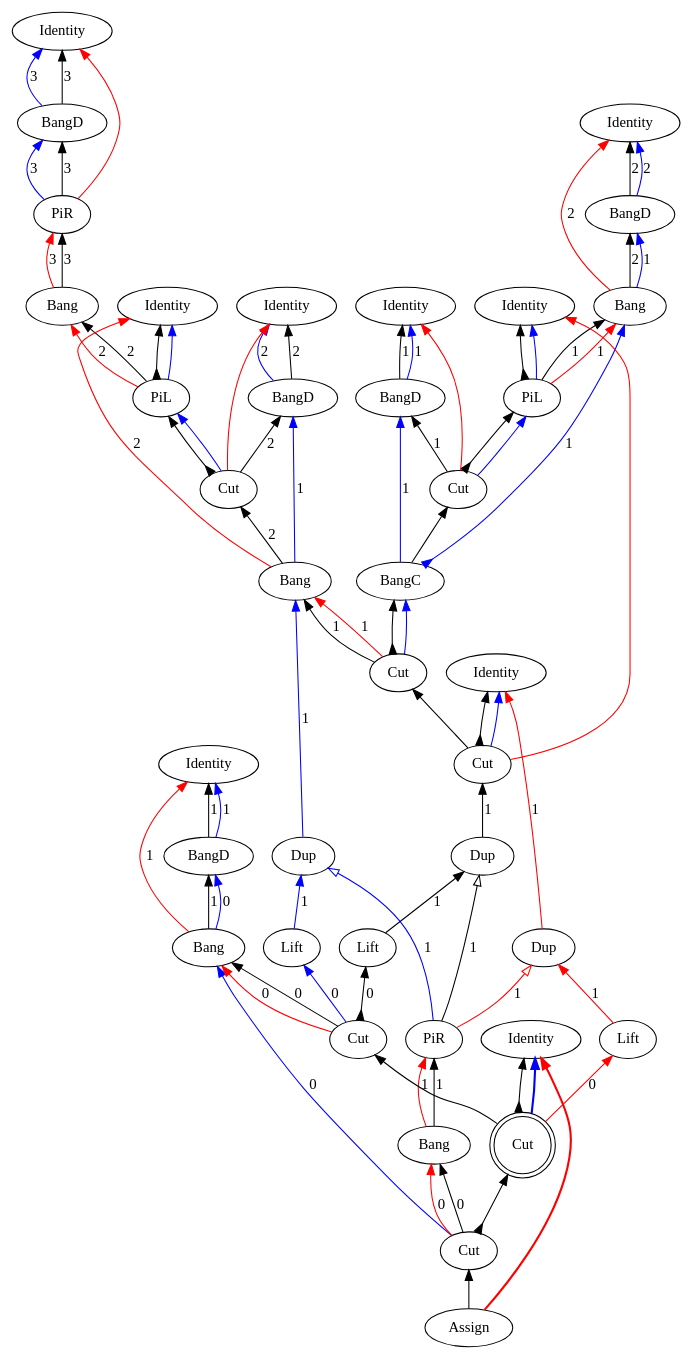
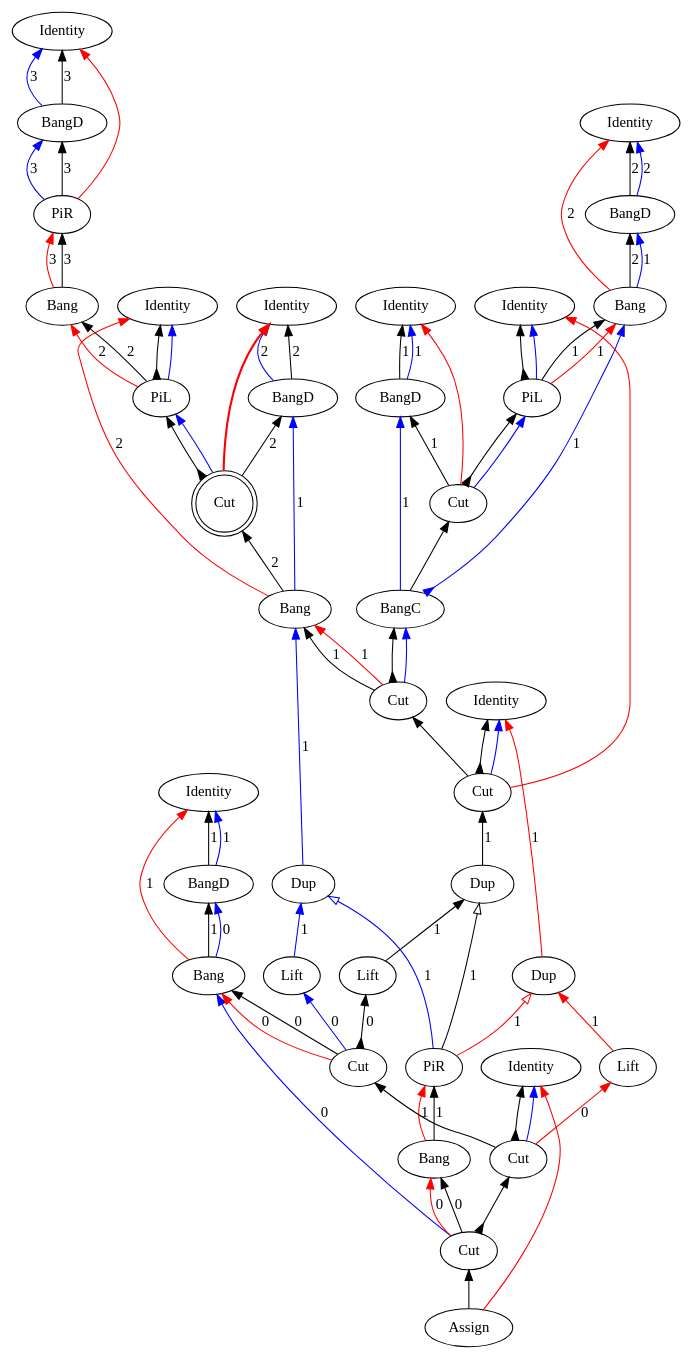
Before and after one commit to Mathnerd314/stroscot: the diagram in src/core/graphs/example_m_11.dot, drawn with Graphviz. The commit also changed 37 other files, not shown here.

```diff
--- a/src/core/graphs/example_m_11.dot
+++ b/src/core/graphs/example_m_11.dot
@@ -1,117 +1,117 @@
 digraph {
 rankdir="BT"
 "Identity0" [label="Identity"]
 "BangD1" [label="BangD"]
 "PiR2" [label="PiR"]
 "Bang3" [label="Bang"]
 "Identity4" [label="Identity"]
 "PiL5" [label="PiL"]
 "Identity6" [label="Identity"]
 "BangD7" [label="BangD"]
-"Cut8" [label="Cut"]
+"Cut8" [label="Cut",shape=doublecircle]
 "Bang9" [label="Bang"]
 "Identity10" [label="Identity"]
 "Identity11" [label="Identity"]
 "BangD12" [label="BangD"]
 "Bang13" [label="Bang"]
 "Identity14" [label="Identity"]
 "PiL15" [label="PiL"]
 "Identity16" [label="Identity"]
 "BangD17" [label="BangD"]
 "Cut18" [label="Cut"]
 "BangC19" [label="BangC"]
 "Identity20" [label="Identity"]
 "BangD21" [label="BangD"]
 "Bang22" [label="Bang"]
 "Identity23" [label="Identity"]
 "Assign24" [label="Assign"]
 "Cut25" [label="Cut"]
 "Cut26" [label="Cut"]
 "Bang27" [label="Bang"]
 "Cut28" [label="Cut"]
 "PiR29" [label="PiR"]
 "Dup30" [label="Dup"]
 "Dup31" [label="Dup"]
 "Dup32" [label="Dup"]
 "Lift33" [label="Lift"]
 "Lift34" [label="Lift"]
 "Lift35" [label="Lift"]
 "Cut36" [label="Cut"]
-"Cut37" [label="Cut",shape=doublecircle]
+"Cut37" [label="Cut"]
 "Bang22" -> "BangD21"[color=black,weight=5,tooltip="c_bseq24",label="1",arrowhead=normal,arrowtail=none,dir=both]
 "Bang13" -> "BangD12"[color=black,weight=5,tooltip="c_bseq58",label="2",arrowhead=normal,arrowtail=none,dir=both]
 "Bang9" -> "Cut8"[color=black,weight=5,tooltip="c_bseq67",label="2",arrowhead=normal,arrowtail=none,dir=both]
 "Bang3" -> "PiR2"[color=black,weight=5,tooltip="c_bseq79",label="3",arrowhead=normal,arrowtail=none,dir=both]
 "Bang27" -> "PiR29"[color=black,weight=5,tooltip="c_bseq91",label="1",arrowhead=normal,arrowtail=none,dir=both]
 "Cut18" -> "PiL15"[color=black,weight=5,tooltip="c_lseq46",arrowhead=normal,arrowtail=inv,dir=both]
 "Cut8" -> "PiL5"[color=black,weight=5,tooltip="c_lseq68",arrowhead=normal,arrowtail=inv,dir=both]
 "Cut18" -> "BangD17"[color=black,weight=5,tooltip="c_rseq47",label="1",arrowhead=normal,arrowtail=none,dir=both]
 "Cut8" -> "BangD7"[color=black,weight=5,tooltip="c_rseq69",label="2",arrowhead=normal,arrowtail=none,dir=both]
 "Cut36" -> "Bang22"[color=black,weight=5,tooltip="dseq20",label="0",arrowhead=normal,arrowtail=none,dir=both]
 "PiL15" -> "Bang13"[color=black,weight=5,tooltip="dseq54",label="1",arrowhead=normal,arrowtail=none,dir=both]
 "Cut25" -> "Bang9"[color=black,weight=5,tooltip="dseq63",label="1",arrowhead=normal,arrowtail=none,dir=both]
 "PiL5" -> "Bang3"[color=black,weight=5,tooltip="dseq76",label="2",arrowhead=normal,arrowtail=none,dir=both]
 "Cut28" -> "Bang27"[color=black,weight=5,tooltip="dseq93",label="0",arrowhead=normal,arrowtail=none,dir=both]
 "Lift34" -> "Dup31"[color=blue,weight=2,tooltip="h101",label="1",arrowhead=normal,arrowtail=none,dir=both]
 "PiR29" -> "Dup31"[color=blue,weight=2,tooltip="h105",label="1",arrowhead=onormal,arrowtail=none,dir=both]
 "Cut36" -> "Lift34"[color=blue,weight=2,tooltip="h109",label="0",arrowhead=normal,arrowtail=none,dir=both]
 "Dup31" -> "Bang9"[color=blue,weight=2,tooltip="h34",label="1",arrowhead=normal,arrowtail=none,dir=both]
 "Bang9" -> "BangD7"[color=blue,weight=2,tooltip="hf65",label="1",arrowhead=normal,arrowtail=none,dir=both]
 "BangD7" -> "Identity6"[color=blue,weight=2,tooltip="hret73",label="2",arrowhead=normal,arrowtail=none,dir=both]
 "BangD7" -> "Identity6"[color=black,weight=5,tooltip="hseq72",label="2",arrowhead=normal,arrowtail=none,dir=both]
 "PiR2" -> "BangD1"[color=blue,weight=2,tooltip="i81",label="3",arrowhead=normal,arrowtail=none,dir=both]
 "Cut37" -> "Identity23"[color=black,weight=5,tooltip="idseq21",arrowhead=normal,arrowtail=inv,dir=both]
 "PiL15" -> "Identity14"[color=black,weight=5,tooltip="idseq55",arrowhead=normal,arrowtail=inv,dir=both]
 "Cut26" -> "Identity10"[color=black,weight=5,tooltip="idseq64",arrowhead=normal,arrowtail=inv,dir=both]
 "PiL5" -> "Identity4"[color=black,weight=5,tooltip="idseq77",arrowhead=normal,arrowtail=inv,dir=both]
 "BangD1" -> "Identity0"[color=blue,weight=2,tooltip="iret84",label="3",arrowhead=normal,arrowtail=none,dir=both]
 "BangD1" -> "Identity0"[color=black,weight=5,tooltip="iseq83",label="3",arrowhead=normal,arrowtail=none,dir=both]
-"Cut37" -> "Identity23"[color=blue,weight=2,tooltip="lret19",arrowhead=normal,arrowtail=none,penwidth=2,dir=both]
+"Cut37" -> "Identity23"[color=blue,weight=2,tooltip="lret19",arrowhead=normal,arrowtail=none,dir=both]
 "PiL15" -> "Identity14"[color=blue,weight=2,tooltip="lret53",arrowhead=normal,arrowtail=none,dir=both]
 "Cut26" -> "Identity10"[color=blue,weight=2,tooltip="lret62",arrowhead=normal,arrowtail=none,dir=both]
 "PiL5" -> "Identity4"[color=blue,weight=2,tooltip="lret75",arrowhead=normal,arrowtail=none,dir=both]
 "Cut18" -> "PiL15"[color=blue,weight=2,tooltip="lval48",arrowhead=normal,arrowtail=none,dir=both]
 "Cut8" -> "PiL5"[color=blue,weight=2,tooltip="lval70",arrowhead=normal,arrowtail=none,dir=both]
 "Cut36" -> "Bang22"[color=red,weight=2,tooltip="newrret18",label="0",arrowhead=normal,arrowtail=none,dir=both]
 "PiL15" -> "Bang13"[color=red,weight=2,tooltip="newrret52",label="1",arrowhead=normal,arrowtail=none,dir=both]
 "Cut25" -> "Bang9"[color=red,weight=2,tooltip="newrret61",label="1",arrowhead=normal,arrowtail=none,dir=both]
 "PiL5" -> "Bang3"[color=red,weight=2,tooltip="newrret74",label="2",arrowhead=normal,arrowtail=none,dir=both]
 "Cut28" -> "Bang27"[color=red,weight=2,tooltip="newrret94",label="0",arrowhead=normal,arrowtail=none,dir=both]
 "Bang22" -> "Identity20"[color=red,weight=2,tooltip="newrretf23",label="1",arrowhead=normal,arrowtail=none,dir=both]
 "Bang13" -> "Identity11"[color=red,weight=2,tooltip="newrretf57",label="2",arrowhead=normal,arrowtail=none,dir=both]
 "Bang9" -> "Identity4"[color=red,weight=2,tooltip="newrretf66",label="2",arrowhead=normal,arrowtail=none,dir=both]
 "Bang3" -> "PiR2"[color=red,weight=2,tooltip="newrretf78",label="3",arrowhead=normal,arrowtail=none,dir=both]
 "Bang27" -> "PiR29"[color=red,weight=2,tooltip="newrretf92",label="1",arrowhead=normal,arrowtail=none,dir=both]
 "Lift35" -> "Dup32"[color=red,weight=2,tooltip="ret102",label="1",arrowhead=normal,arrowtail=none,dir=both]
 "PiR29" -> "Dup32"[color=red,weight=2,tooltip="ret106",label="1",arrowhead=onormal,arrowtail=none,dir=both]
 "Cut37" -> "Lift35"[color=red,weight=2,tooltip="ret110",label="0",arrowhead=normal,arrowtail=none,dir=both]
 "Dup32" -> "Identity10"[color=red,weight=2,tooltip="ret35",label="1",arrowhead=normal,arrowtail=none,dir=both]
 "Cut26" -> "Identity14"[color=red,weight=2,tooltip="ret42",arrowhead=normal,arrowtail=none,dir=both]
-"Assign24" -> "Identity23"[color=red,weight=2,tooltip="ret8",arrowhead=normal,arrowtail=none,penwidth=2,dir=both]
+"Assign24" -> "Identity23"[color=red,weight=2,tooltip="ret8",arrowhead=normal,arrowtail=none,dir=both]
 "PiR2" -> "Identity0"[color=red,weight=2,tooltip="ret82",arrowhead=normal,arrowtail=none,dir=both]
 "Assign24" -> "Cut28"[color=black,weight=5,tooltip="retseq0",arrowhead=normal,arrowtail=none,dir=both]
 "Cut18" -> "Identity16"[color=red,weight=2,tooltip="rval49",arrowhead=normal,arrowtail=none,dir=both]
-"Cut8" -> "Identity6"[color=red,weight=2,tooltip="rval71",arrowhead=normal,arrowtail=none,dir=both]
+"Cut8" -> "Identity6"[color=red,weight=2,tooltip="rval71",arrowhead=normal,arrowtail=none,penwidth=2,dir=both]
 "Lift33" -> "Dup30"[color=black,weight=5,tooltip="seq100",label="1",arrowhead=normal,arrowtail=none,dir=both]
 "PiR29" -> "Dup30"[color=black,weight=5,tooltip="seq104",label="1",arrowhead=onormal,arrowtail=none,dir=both]
 "Cut36" -> "Lift33"[color=black,weight=5,tooltip="seq108",label="0",arrowhead=normal,arrowtail=inv,dir=both]
 "Dup30" -> "Cut26"[color=black,weight=5,tooltip="seq33",label="1",arrowhead=normal,arrowtail=none,dir=both]
 "Cut25" -> "BangC19"[color=black,weight=5,tooltip="seq40",arrowhead=normal,arrowtail=inv,dir=both]
 "BangC19" -> "Cut18"[color=black,weight=5,tooltip="seq45",arrowhead=normal,arrowtail=none,dir=both]
 "PiR2" -> "BangD1"[color=black,weight=5,tooltip="seq80",label="3",arrowhead=normal,arrowtail=none,dir=both]
 "Cut28" -> "Cut37"[color=black,weight=5,tooltip="seqBC95",arrowhead=normal,arrowtail=inv,dir=both]
 "Cut37" -> "Cut36"[color=black,weight=5,tooltip="seqP112",arrowhead=normal,arrowtail=none,dir=both]
 "Cut26" -> "Cut25"[color=black,weight=5,tooltip="seqP86",arrowhead=normal,arrowtail=none,dir=both]
 "Cut28" -> "Bang22"[color=blue,weight=2,tooltip="xB10",label="0",arrowhead=normal,arrowtail=none,dir=both]
 "Bang22" -> "BangD21"[color=blue,weight=2,tooltip="xBf22",label="0",arrowhead=normal,arrowtail=none,dir=both]
 "BangD21" -> "Identity20"[color=blue,weight=2,tooltip="xret26",label="1",arrowhead=normal,arrowtail=none,dir=both]
 "BangD21" -> "Identity20"[color=black,weight=5,tooltip="xseq25",label="1",arrowhead=normal,arrowtail=none,dir=both]
 "Cut25" -> "BangC19"[color=blue,weight=2,tooltip="y41",arrowhead=normal,arrowtail=none,dir=both]
 "BangC19" -> "BangD17"[color=blue,weight=2,tooltip="yA43",label="1",arrowhead=normal,arrowtail=none,dir=both]
 "BangC19" -> "Bang13"[color=blue,weight=2,tooltip="yB44",label="1",arrowhead=normal,arrowtail=inv,dir=both]
 "Bang13" -> "BangD12"[color=blue,weight=2,tooltip="yBf56",label="1",arrowhead=normal,arrowtail=none,dir=both]
 "BangD17" -> "Identity16"[color=blue,weight=2,tooltip="yret51",label="1",arrowhead=normal,arrowtail=none,dir=both]
 "BangD12" -> "Identity11"[color=blue,weight=2,tooltip="yret60",label="2",arrowhead=normal,arrowtail=none,dir=both]
 "BangD17" -> "Identity16"[color=black,weight=5,tooltip="yseq50",label="1",arrowhead=normal,arrowtail=none,dir=both]
 "BangD12" -> "Identity11"[color=black,weight=5,tooltip="yseq59",label="2",arrowhead=normal,arrowtail=none,dir=both]
 }
```
